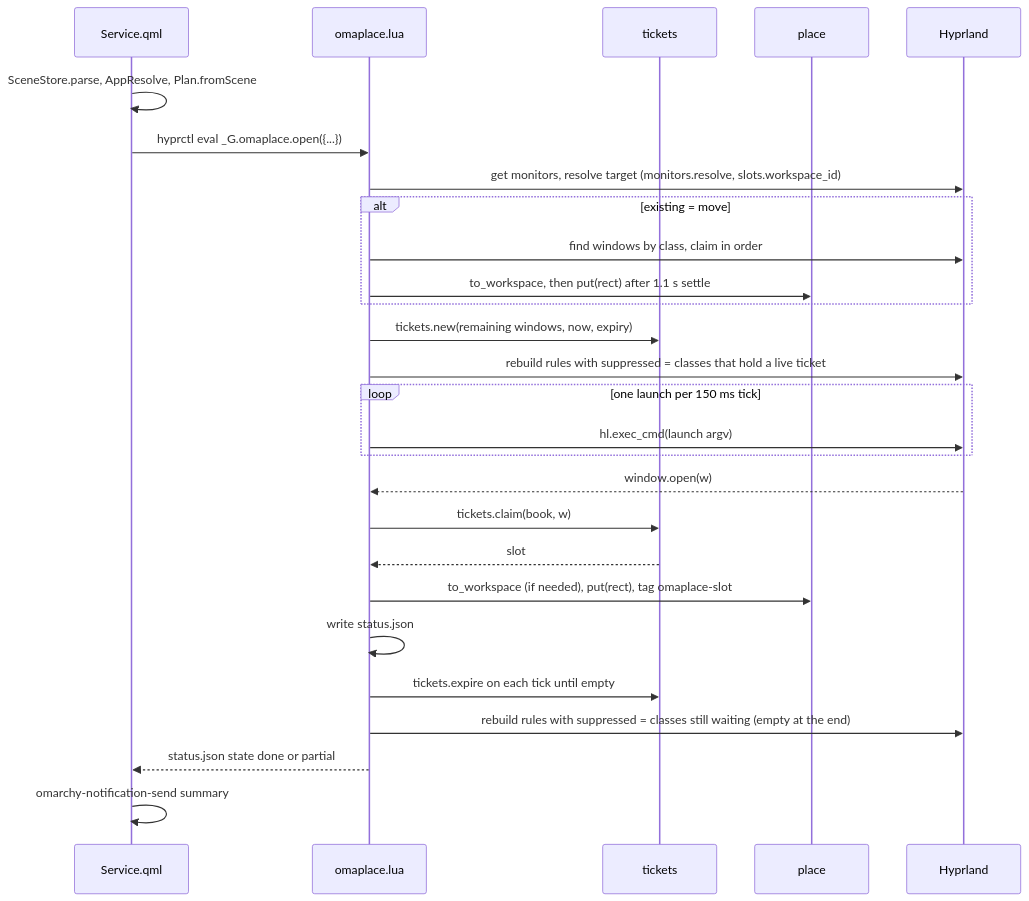
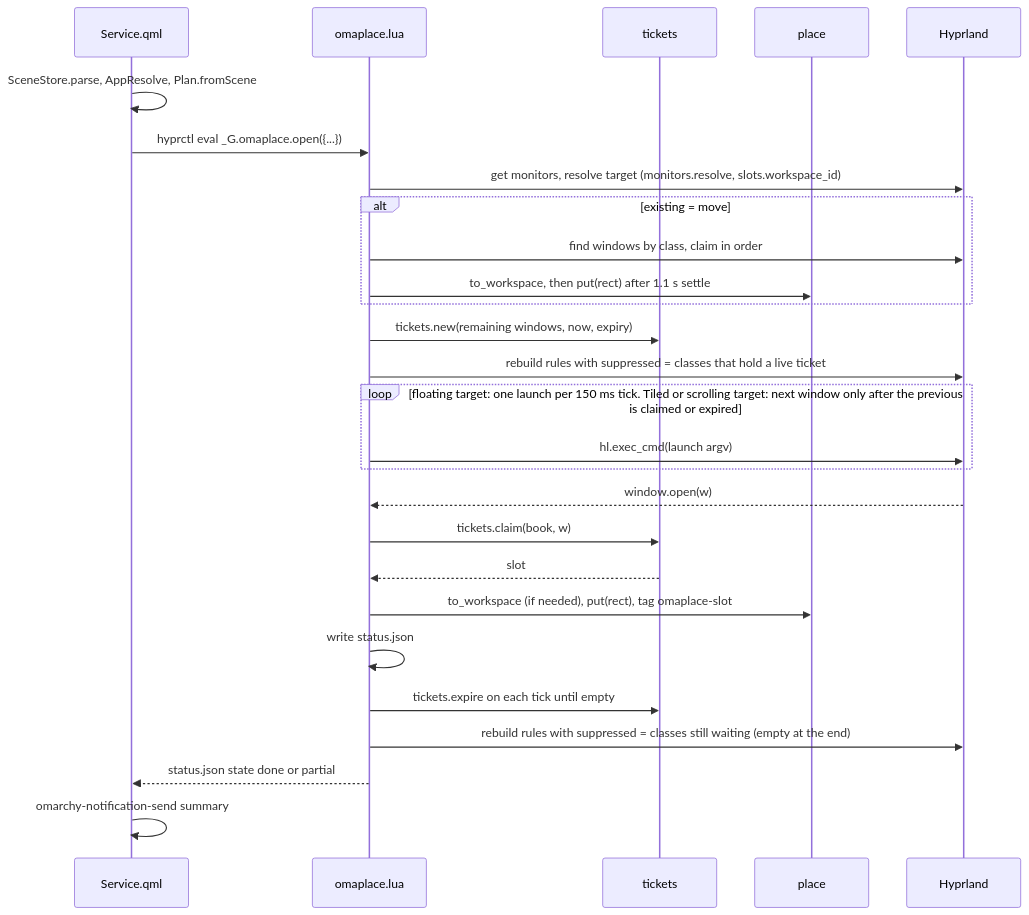
One commit to felipecpaiva/omaplace changed the fourth of 5 diagrams in docs/design.md. Above: the diagram before and after it, drawn with Mermaid. The commit also changed other lines of this file, not shown here.

Commit message:
Design: tiled workspaces keep left-to-right order, session restore in M3, spikes approved per run

````diff
--- a/docs/design.md
+++ b/docs/design.md
@@ -413,29 +420,29 @@
 ```mermaid
 sequenceDiagram
   participant S as Service.qml
   participant G as omaplace.lua
   participant T as tickets
   participant P as place
   participant H as Hyprland
   S->>S: SceneStore.parse, AppResolve, Plan.fromScene
   S->>G: hyprctl eval _G.omaplace.open({...})
   G->>H: get monitors, resolve target (monitors.resolve, slots.workspace_id)
   alt existing = move
     G->>H: find windows by class, claim in order
     G->>P: to_workspace, then put(rect) after 1.1 s settle
   end
   G->>T: tickets.new(remaining windows, now, expiry)
   G->>H: rebuild rules with suppressed = classes that hold a live ticket
-  loop one launch per 150 ms tick
+  loop floating target: one launch per 150 ms tick. Tiled or scrolling target: next window only after the previous is claimed or expired
     G->>H: hl.exec_cmd(launch argv)
   end
   H-->>G: window.open(w)
   G->>T: tickets.claim(book, w)
   T-->>G: slot
   G->>P: to_workspace (if needed), put(rect), tag omaplace-slot
   G->>G: write status.json
   G->>T: tickets.expire on each tick until empty
   G->>H: rebuild rules with suppressed = classes still waiting (empty at the end)
   G-->>S: status.json state done or partial
   S->>S: omarchy-notification-send summary
 ```
````
